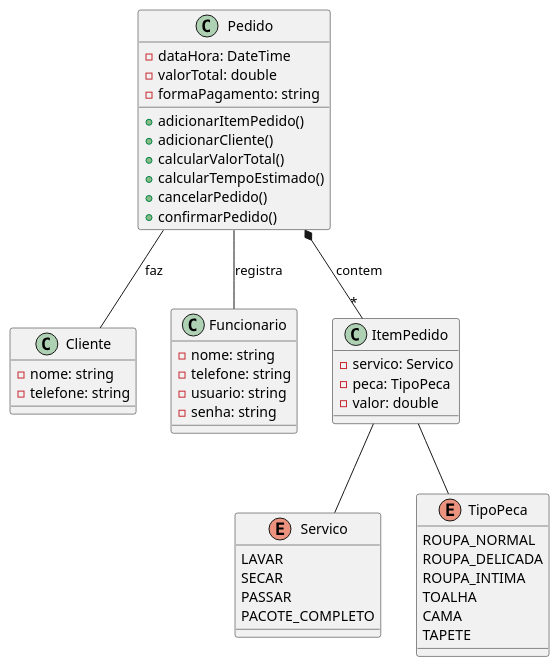
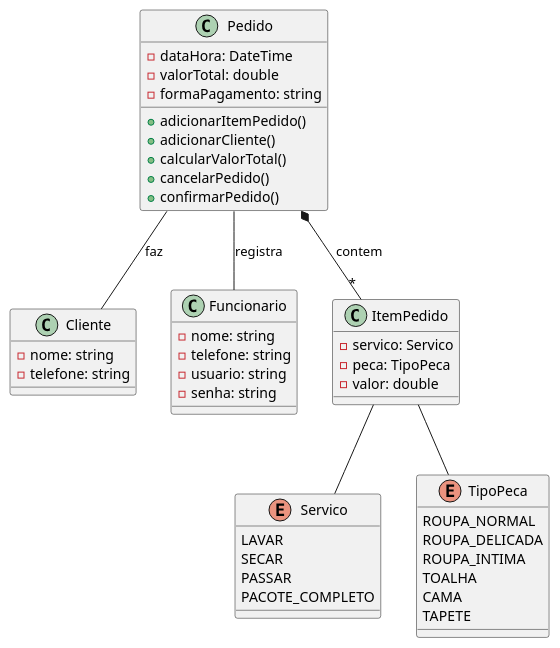
The diagram in docs/UML/diagrama-de-classe/classesLavanderia.plantuml (vitoria-barbosa/Lavanderia-Trabalho-APS), drawn with PlantUML before and after one commit. The commit also changed 3 other files, not shown here.

Commit message:
:recycle:refactor: modifica diagrama de sequencia.

```diff
--- a/docs/UML/diagrama-de-classe/classesLavanderia.plantuml
+++ b/docs/UML/diagrama-de-classe/classesLavanderia.plantuml
@@ -1,57 +1,55 @@
 @startuml Lavanderia Automatizada
 
 class Cliente{
     - nome: string
     - telefone: string
 }
 
 class Funcionario{
     - nome: string
     - telefone: string
     - usuario: string
     - senha: string
 }
 
 class Pedido{
     - dataHora: DateTime
     - valorTotal: double
     - formaPagamento: string
 
     + adicionarItemPedido()
     + adicionarCliente()
     + calcularValorTotal()
-    + calcularTempoEstimado()
     + cancelarPedido()
     + confirmarPedido()
-    
 }
 
 class ItemPedido{
     - servico: Servico
     - peca: TipoPeca
     - valor: double
 }
 
 enum Servico{
     LAVAR
     SECAR
     PASSAR
     PACOTE_COMPLETO
 }
 
 enum TipoPeca{
     ROUPA_NORMAL
     ROUPA_DELICADA
     ROUPA_INTIMA
     TOALHA
     CAMA
     TAPETE  
 }
 
 Pedido *-- "*" ItemPedido: contem
 Pedido -- Funcionario: registra
 Pedido -- Cliente: faz
 ItemPedido -- Servico
 ItemPedido -- TipoPeca
 
 @enduml
```
